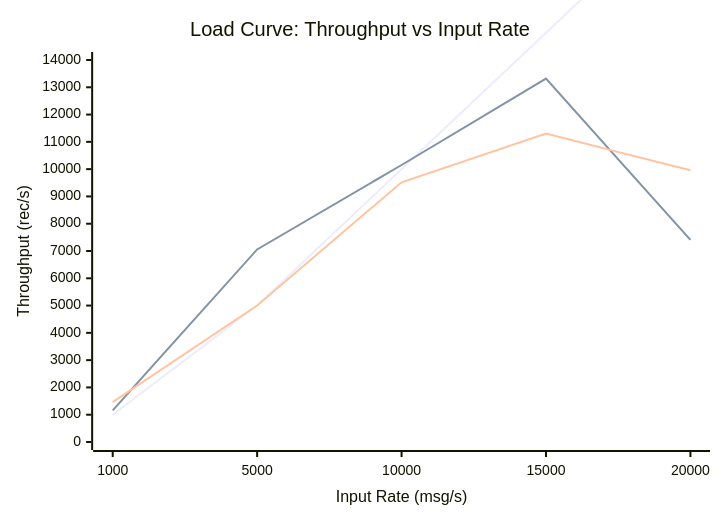
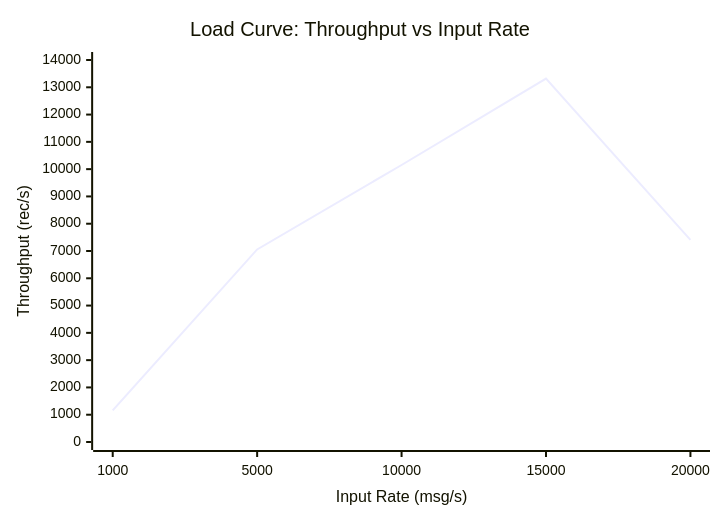
One commit to vladtf/soam changed the diagram in docs/load-curve-test.md. Above: the diagram before and after it, drawn with Mermaid. The commit also changed other lines of this file, not shown here.

Commit message:
feat: Update load curve test documentation with ideal throughput legend and clarify throughput metrics

````diff
--- a/docs/load-curve-test.md
+++ b/docs/load-curve-test.md
@@ -36,9 +36,7 @@
 ```mermaid
 xychart-beta
     title "Load Curve: Throughput vs Input Rate"
     x-axis "Input Rate (msg/s)" [1000, 5000, 10000, 15000, 20000]
     y-axis "Throughput (rec/s)" 0 --> 14000
-    line "Ideal (1:1)" [1000, 5000, 10000, 15000, 20000]
     line "Throughput Rate" [1159, 7058, 10152, 13317, 7407]
-    line "Effective Throughput" [1464, 5000, 9519, 11301, 9959]
 ```
````
